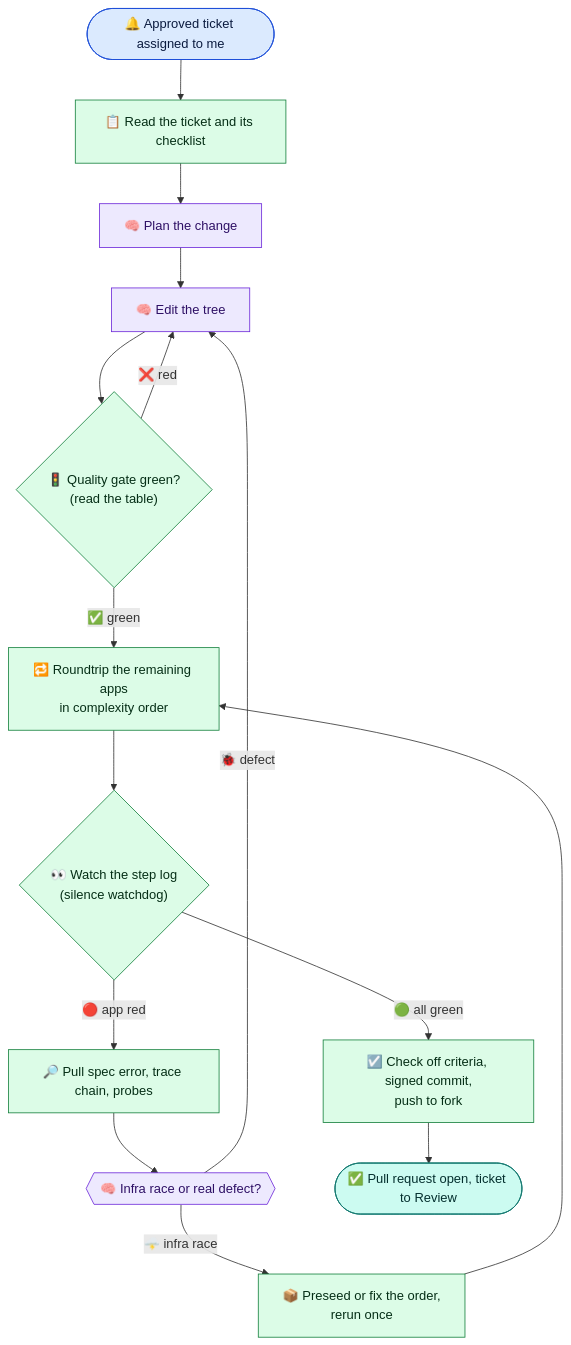
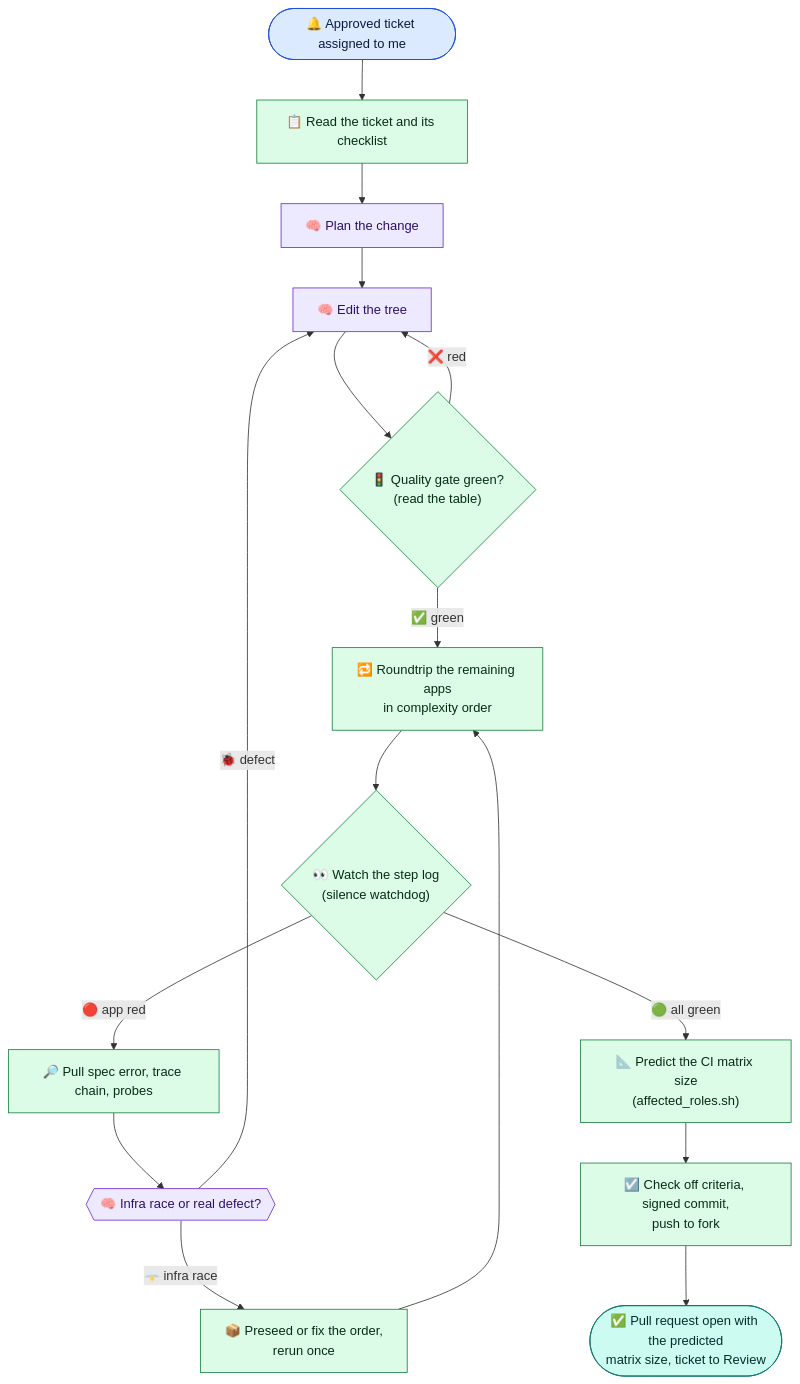
One commit to infinito-nexus/core changed diagram 12 of 24 in docs/requirements/089-agents-restructuring.md. Above: the diagram before and after it, drawn with Mermaid. The commit also changed other lines of this file and 31 other files, not shown here.

````diff
--- a/docs/requirements/089-agents-restructuring.md
+++ b/docs/requirements/089-agents-restructuring.md
@@ -1018,30 +1038,31 @@
 ```mermaid
 flowchart TD
   T1(["🔔 Approved ticket assigned to me"])
   D1["📋 Read the ticket and its checklist"]
   L1["🧠 Plan the change"]
   L2["🧠 Edit the tree"]
   D2{"🚦 Quality gate green?<br/>(read the table)"}
   D3["🔁 Roundtrip the remaining apps<br/>in complexity order"]
   D4{"👀 Watch the step log<br/>(silence watchdog)"}
   D5["🔎 Pull spec error, trace chain, probes"]
   L3{{"🧠 Infra race or real defect?"}}
   D6["📦 Preseed or fix the order,<br/>rerun once"]
+  D9["📐 Predict the CI matrix size<br/>(affected_roles.sh)"]
   D7["☑️ Check off criteria, signed commit,<br/>push to fork"]
-  D8(["✅ Pull request open, ticket to Review"])
+  D8(["✅ Pull request open with the predicted<br/>matrix size, ticket to Review"])
   T1 --> D1 --> L1 --> L2 --> D2
   D2 -->|"❌ red"| L2
   D2 -->|"✅ green"| D3 --> D4
   D4 -->|"🔴 app red"| D5 --> L3
   L3 -->|"🌩️ infra race"| D6 --> D3
   L3 -->|"🐞 defect"| L2
-  D4 -->|"🟢 all green"| D7 --> D8
+  D4 -->|"🟢 all green"| D9 --> D7 --> D8
   classDef trigger fill:#dbeafe,stroke:#1d4ed8,color:#0b1b3f
   classDef det fill:#dcfce7,stroke:#15803d,color:#052e16
   classDef llm fill:#ede9fe,stroke:#6d28d9,color:#2e1065
   classDef good fill:#ccfbf1,stroke:#0f766e,color:#042f2e
   class T1 trigger
-  class D1,D2,D3,D4,D5,D6,D7 det
+  class D1,D2,D3,D4,D5,D6,D7,D9 det
   class L1,L2,L3 llm
   class D8 good
 ```
````
